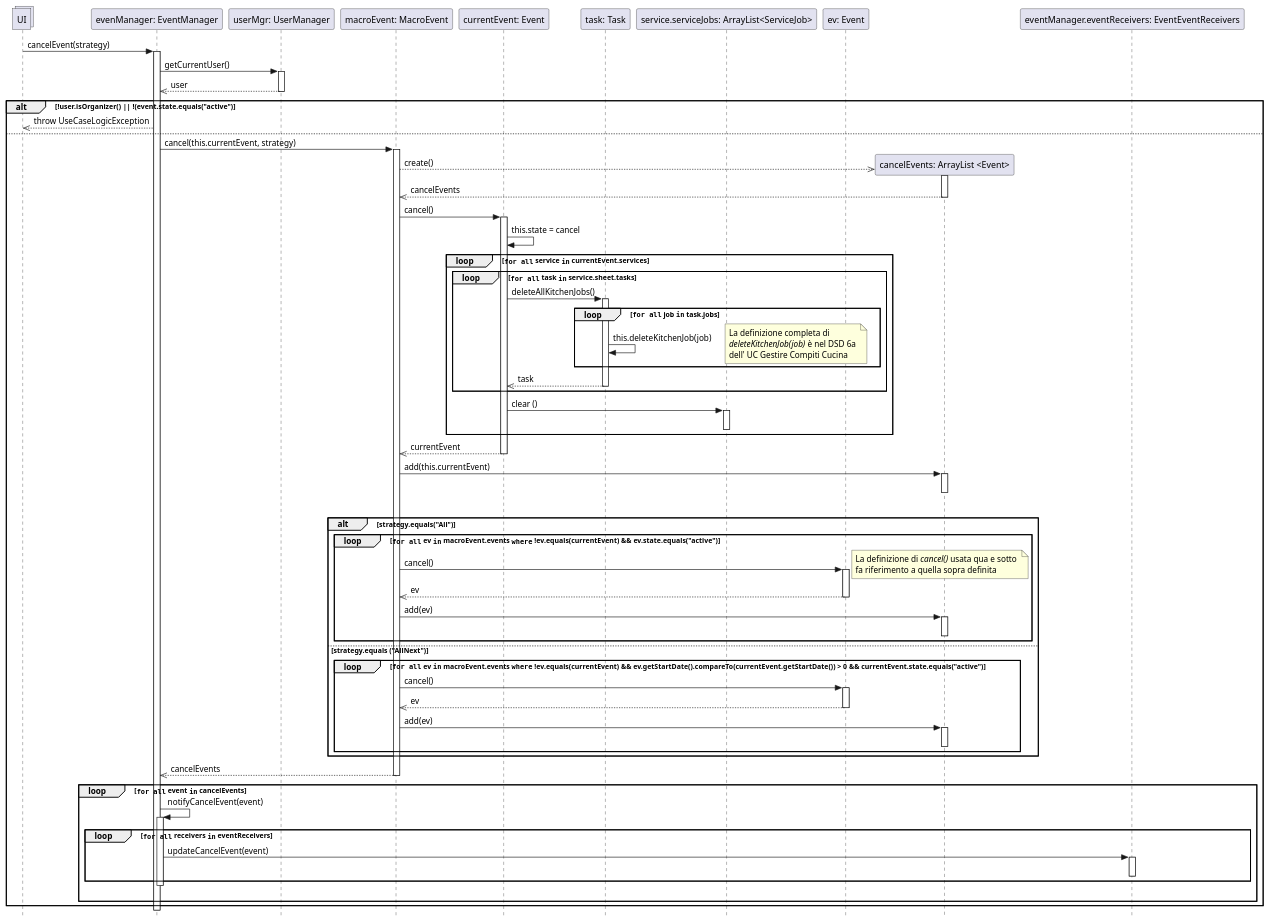
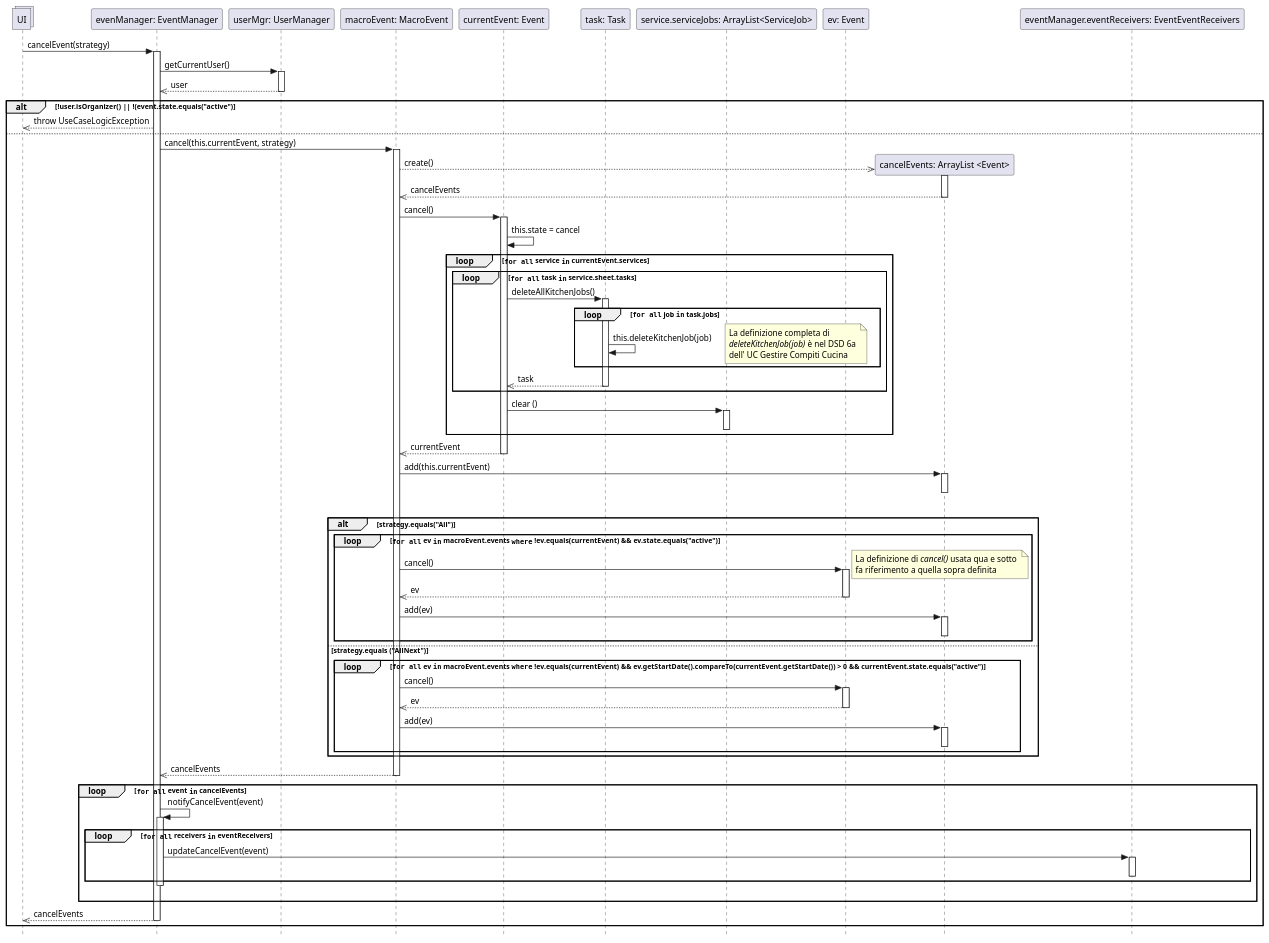
The diagram in UP/Progettazione/UC Gestire Eventi/DSD/DSD Operazione 1a.2.puml (stefa168/sas-project), drawn with PlantUML before and after one commit. The commit also changed 4 other files, not shown here.

```diff
--- a/UP/Progettazione/UC Gestire Eventi/DSD/DSD Operazione 1a.2.puml
+++ b/UP/Progettazione/UC Gestire Eventi/DSD/DSD Operazione 1a.2.puml
@@ -1,98 +1,99 @@
 @startuml
 skinparam Style strictuml
 
 collections UI
 participant "evenManager: EventManager" as em
 participant "userMgr: UserManager" as um
 participant "macroEvent: MacroEvent" as maev
 participant "currentEvent: Event" as event
 participant "task: Task" as task
 participant "service.serviceJobs: ArrayList<ServiceJob>" as sj
 participant "ev: Event" as ev
 participant "cancelEvents: ArrayList <Event>" as evcanc
 participant "eventManager.eventReceivers: EventEventReceivers" as eer
 
 UI -> em: cancelEvent(strategy)
 activate em
     em -> um: getCurrentUser()
     activate um
         em <<-- um: user
     deactivate um
 
     alt !user.isOrganizer() || !(event.state.equals("active")
         UI <<-- em: throw UseCaseLogicException
     else
 
         em -> maev: cancel(this.currentEvent, strategy)
         activate maev
             maev -->> evcanc**: create()
             activate evcanc
             maev <<-- evcanc: cancelEvents
             deactivate evcanc
 
             maev -> event: cancel()
             activate event
             event -> event: this.state = cancel
 
             loop ""for all"" service ""in"" currentEvent.services
                 loop ""for all"" task ""in"" service.sheet.tasks
                     event -> task: deleteAllKitchenJobs()
                     activate task
                     loop ""for all"" job ""in"" task.jobs
                         task -> task: this.deleteKitchenJob(job)
                         note right: La definizione completa di\n//deleteKitchenJob(job)// è nel DSD 6a \ndell' UC Gestire Compiti Cucina
                     end
                     event <<-- task: task
                     deactivate task
 
                 end
 
                 event -> sj: clear ()
                 activate sj
                 deactivate sj
             end
             maev <<-- event: currentEvent
             deactivate event
             maev -> evcanc: add(this.currentEvent)
             activate evcanc
             deactivate evcanc
             |||
             alt strategy.equals("All")
                 loop ""for all"" ev ""in"" macroEvent.events ""where"" !ev.equals(currentEvent) && ev.state.equals("active")
                     maev -> ev: cancel()
                     note right: La definizione di //cancel()// usata qua e sotto \nfa riferimento a quella sopra definita
                     activate ev
                     maev <<-- ev: ev
                     deactivate ev
                     maev -> evcanc: add(ev)
                     activate evcanc
                     deactivate evcanc
                 end
             else strategy.equals ("AllNext")
                 loop ""for all"" ev ""in"" macroEvent.events ""where"" !ev.equals(currentEvent) && ev.getStartDate().compareTo(currentEvent.getStartDate()) > 0 && currentEvent.state.equals("active")
                     maev -> ev: cancel()
                     activate ev
                     maev <<-- ev: ev
                     deactivate ev
                     maev -> evcanc: add(ev)
                     activate evcanc
                     deactivate evcanc
                 end
             end
         em <<-- maev: cancelEvents
         deactivate maev
         loop ""for all"" event ""in"" cancelEvents
             em -> em: notifyCancelEvent(event)
             activate em
             loop ""for all"" receivers ""in"" eventReceivers
                 em -> eer: updateCancelEvent(event)
                 activate eer
                 deactivate eer
             end
             deactivate em
         |||
         end
+    UI <<-- em: cancelEvents
+deactivate em
+end
 
-    end
-deactivate em
 @enduml
```
